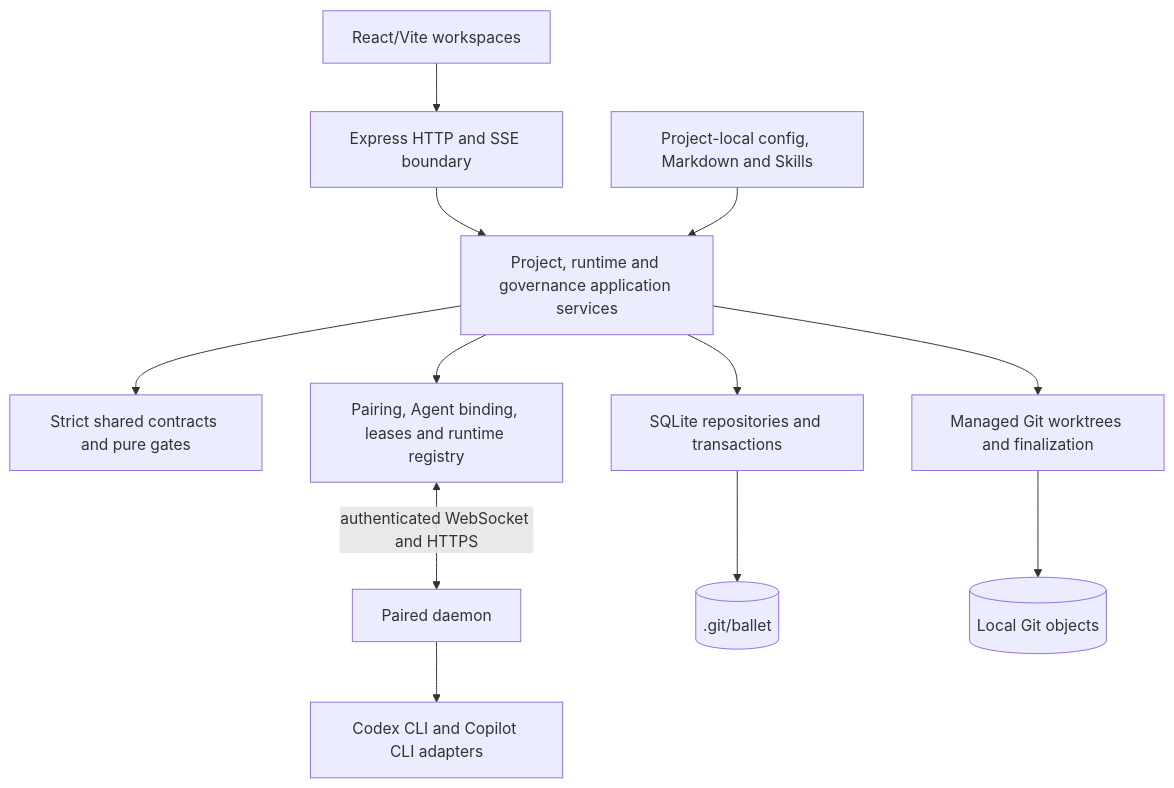
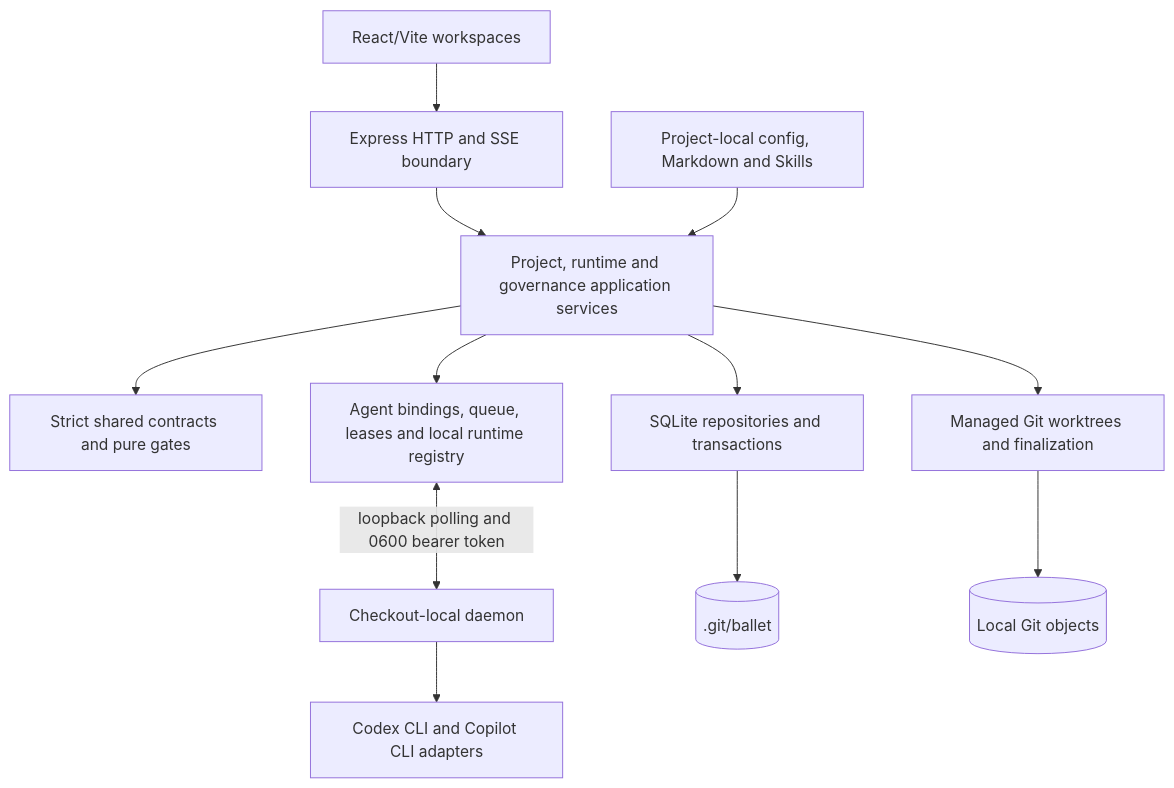
The second of 6 diagrams in ARCHITECTURE.md (isinisalo/ballet), drawn with Mermaid before and after one commit. The commit also changed other lines of this file and 140 other files, not shown here.

````diff
--- a/ARCHITECTURE.md
+++ b/ARCHITECTURE.md
@@ -48,14 +48,14 @@
 ```mermaid
 flowchart TB
   UI[React/Vite workspaces] --> HTTP[Express HTTP and SSE boundary]
   HTTP --> App[Project, runtime and governance application services]
   App --> Shared[Strict shared contracts and pure gates]
   App --> Persistence[SQLite repositories and transactions]
-  App --> ControlPlane[Pairing, Agent binding, leases and runtime registry]
-  ControlPlane <-->|authenticated WebSocket and HTTPS| Daemon[Paired daemon]
+  App --> LocalRuntime[Agent bindings, queue, leases and local runtime registry]
+  LocalRuntime <-->|loopback polling and 0600 bearer token| Daemon[Checkout-local daemon]
   Daemon --> Execution[Codex CLI and Copilot CLI adapters]
   App --> Workspace[Managed Git worktrees and finalization]
   Project[Project-local config, Markdown and Skills] --> App
   Persistence --> Local[(.git/ballet)]
   Workspace --> Git[(Local Git objects)]
 ```
````
